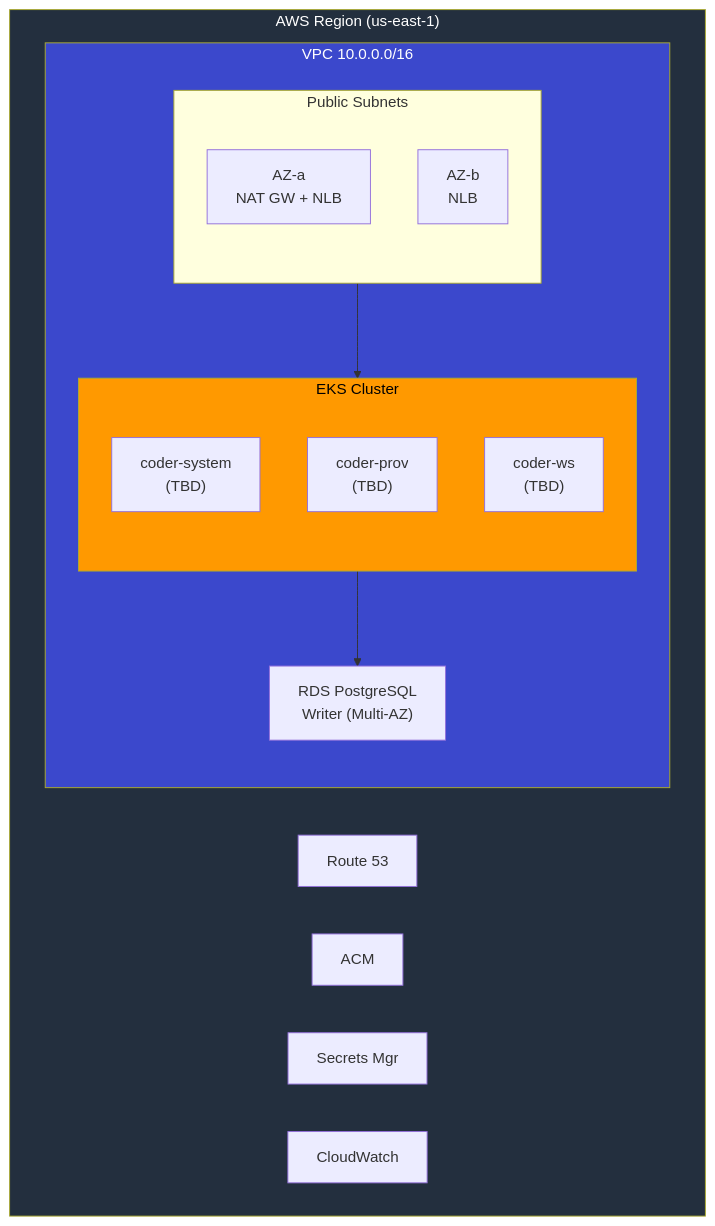
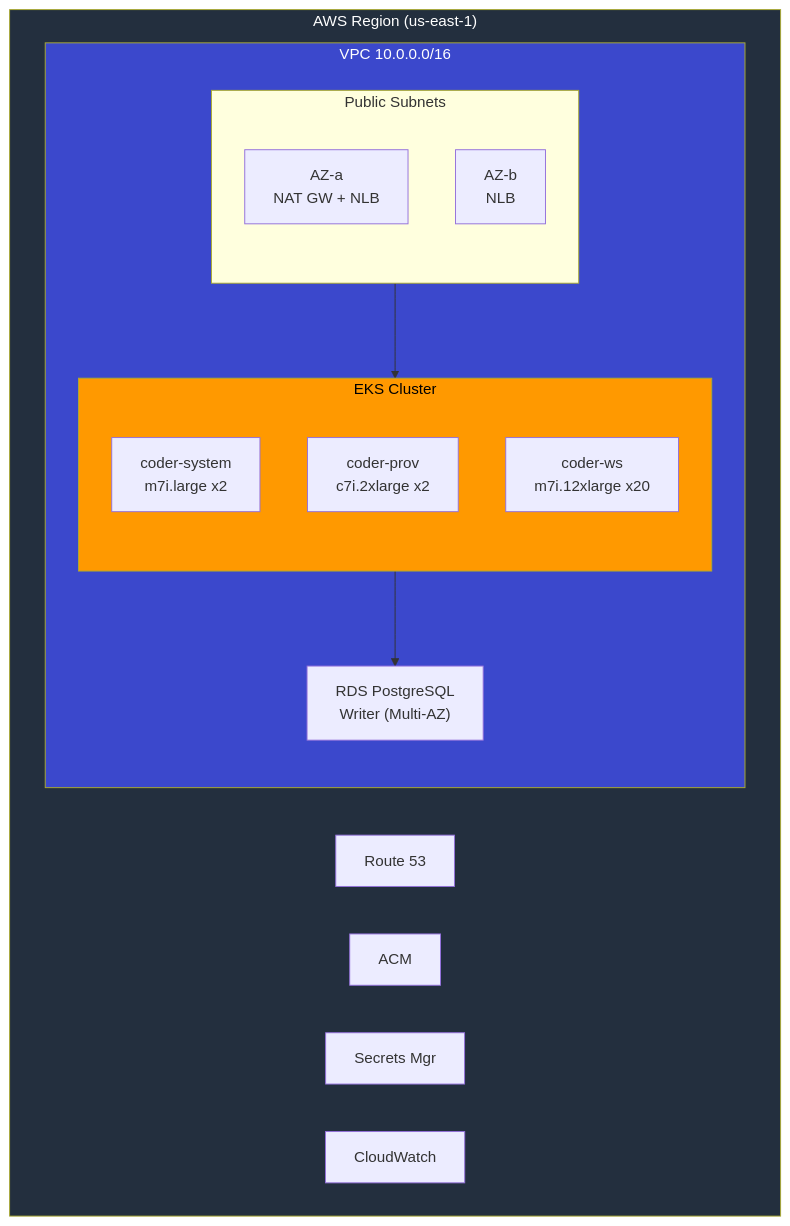
One commit to ausbru87/coder-deployment-guide-aws changed the first of 6 diagrams in deployment-guide/architecture/diagrams.md. Above: the diagram before and after it, drawn with Mermaid. The commit also changed other lines of this file and 1 other file, not shown here.

````diff
--- a/deployment-guide/architecture/diagrams.md
+++ b/deployment-guide/architecture/diagrams.md
@@ -62,30 +62,30 @@
 ```mermaid
 flowchart TB
     subgraph Region["AWS Region (us-east-1)"]
         subgraph VPC["VPC 10.0.0.0/16"]
             subgraph Public["Public Subnets"]
                 AZa["AZ-a<br/>NAT GW + NLB"]
                 AZb["AZ-b<br/>NLB"]
             end
             
             subgraph EKS["EKS Cluster"]
-                system["coder-system<br/>(TBD)"]
-                prov["coder-prov<br/>(TBD)"]
-                ws["coder-ws<br/>(TBD)"]
+                system["coder-system<br/>m7i.large x2"]
+                prov["coder-prov<br/>c7i.2xlarge x2"]
+                ws["coder-ws<br/>m7i.12xlarge x20"]
             end
             
             RDS["RDS PostgreSQL<br/>Writer (Multi-AZ)"]
         end
         
         R53["Route 53"] 
         ACM["ACM"]
         SM["Secrets Mgr"]
         CW["CloudWatch"]
     end
     
     Public --> EKS --> RDS
     
     style Region fill:#232f3e,color:#fff
     style VPC fill:#3b48cc,color:#fff
     style EKS fill:#ff9900,color:#000
 ```
````
